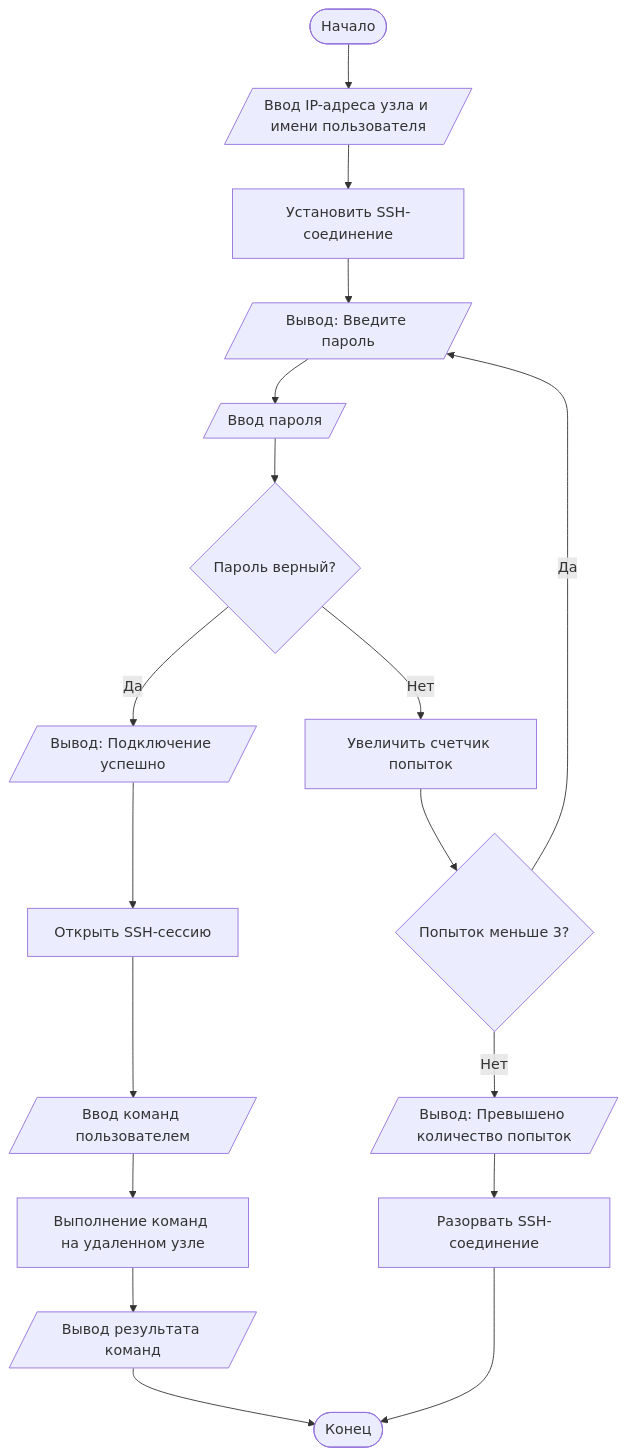
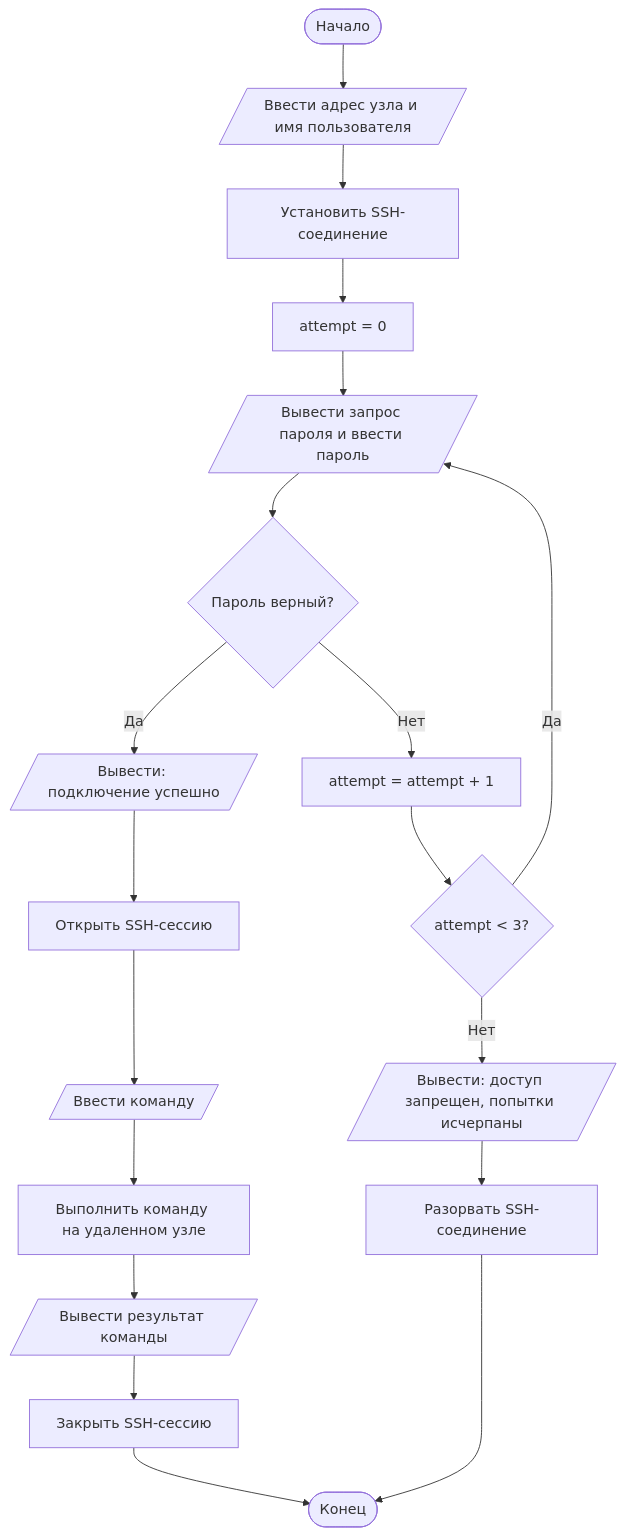
The third of 4 diagrams in Отчеты/deadline 1/Отчёт 2 Ибатуллин Денис 324СА.md (aver1x/OAIP), drawn with Mermaid before and after one commit. The commit also changed other lines of this file and 1 other file, not shown here.

````diff
--- a/Отчеты/deadline 1/Отчёт 2 Ибатуллин Денис 324СА.md
+++ b/Отчеты/deadline 1/Отчёт 2 Ибатуллин Денис 324СА.md
@@ -68,37 +52,21 @@
-~~~mermaid
+```mermaid
 flowchart TD
-
-    A([Начало]) --> B[/Ввод IP-адреса узла и имени пользователя/]
-
-    B --> C[Установить SSH-соединение]
-
-    C --> D[/Вывод: Введите пароль/]
-
-    D --> E[/Ввод пароля/]
-
-    E --> F{Пароль верный?}
-
-    F -- Да --> G[/Вывод: Подключение успешно/]
-
-    G --> H[Открыть SSH-сессию]
-
-    H --> I[/Ввод команд пользователем/]
-
-    I --> J[Выполнение команд на удаленном узле]
-
-    J --> K[/Вывод результата команд/]
-
-    K --> L([Конец])
-
-    F -- Нет --> M[Увеличить счетчик попыток]
-
-    M --> N{Попыток меньше 3?}
-
-    N -- Да --> D
-
-    N -- Нет --> O[/Вывод: Превышено количество попыток/]
-
-    O --> P[Разорвать SSH-соединение]
-
-    P --> L
-~~~
+    A([Начало]) --> B[/Ввести адрес узла и имя пользователя/]
+    B --> C[Установить SSH-соединение]
+    C --> D[attempt = 0]
+    D --> E[/Вывести запрос пароля и ввести пароль/]
+    E --> F{Пароль верный?}
+    F -- Да --> G[/Вывести: подключение успешно/]
+    G --> H[Открыть SSH-сессию]
+    H --> I[/Ввести команду/]
+    I --> J[Выполнить команду на удаленном узле]
+    J --> K[/Вывести результат команды/]
+    K --> L[Закрыть SSH-сессию]
+    L --> Z([Конец])
+    F -- Нет --> M[attempt = attempt + 1]
+    M --> N{"attempt < 3?"}
+    N -- Да --> E
+    N -- Нет --> O[/Вывести: доступ запрещен, попытки исчерпаны/]
+    O --> P[Разорвать SSH-соединение]
+    P --> Z
+```
````
